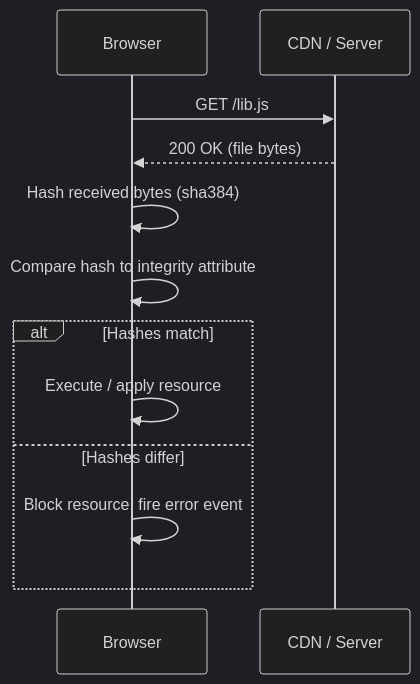
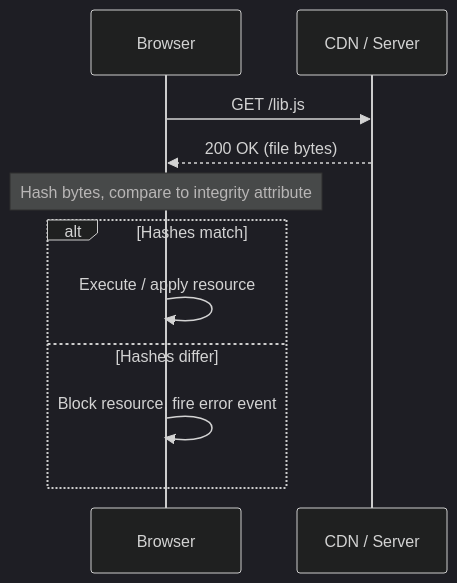
Before and after one commit to rbonestell/vite-plugin-sri-gen: the diagram in docs/learn/what-is-sri.md, drawn with Mermaid (dark theme). The commit also changed other lines of this file and 3 other files, not shown here.

````diff
--- a/docs/learn/what-is-sri.md
+++ b/docs/learn/what-is-sri.md
@@ -33,15 +33,14 @@
 ```mermaid
 sequenceDiagram
     participant B as Browser
     participant C as CDN / Server
 
     B->>C: GET /lib.js
     C-->>B: 200 OK (file bytes)
-    B->>B: Hash received bytes (sha384)
-    B->>B: Compare hash to integrity attribute
+    Note over B: Hash bytes, compare to integrity attribute
     alt Hashes match
         B->>B: Execute / apply resource
     else Hashes differ
         B->>B: Block resource, fire error event
     end
 ```
````
